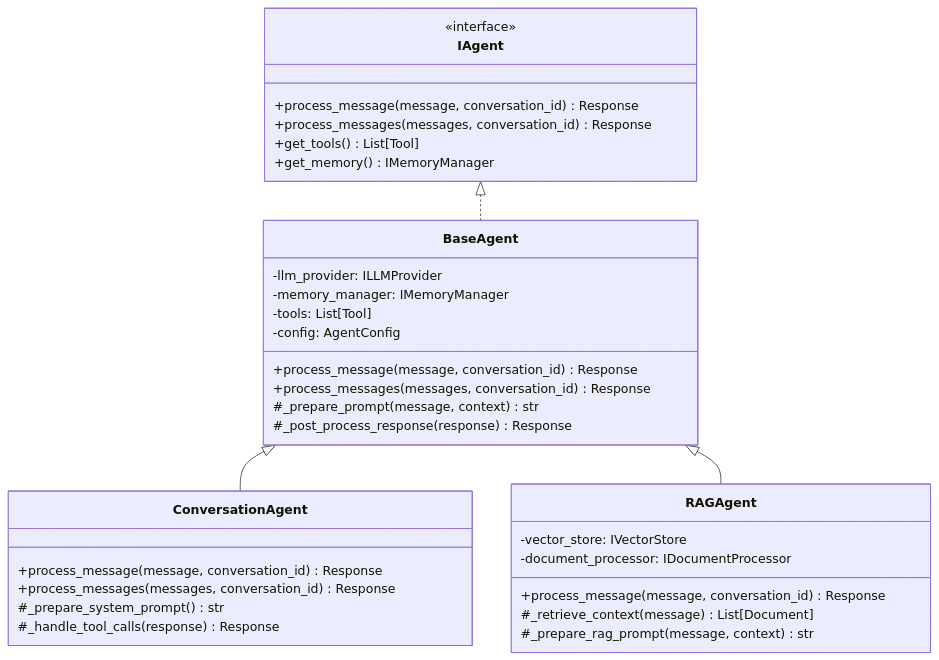
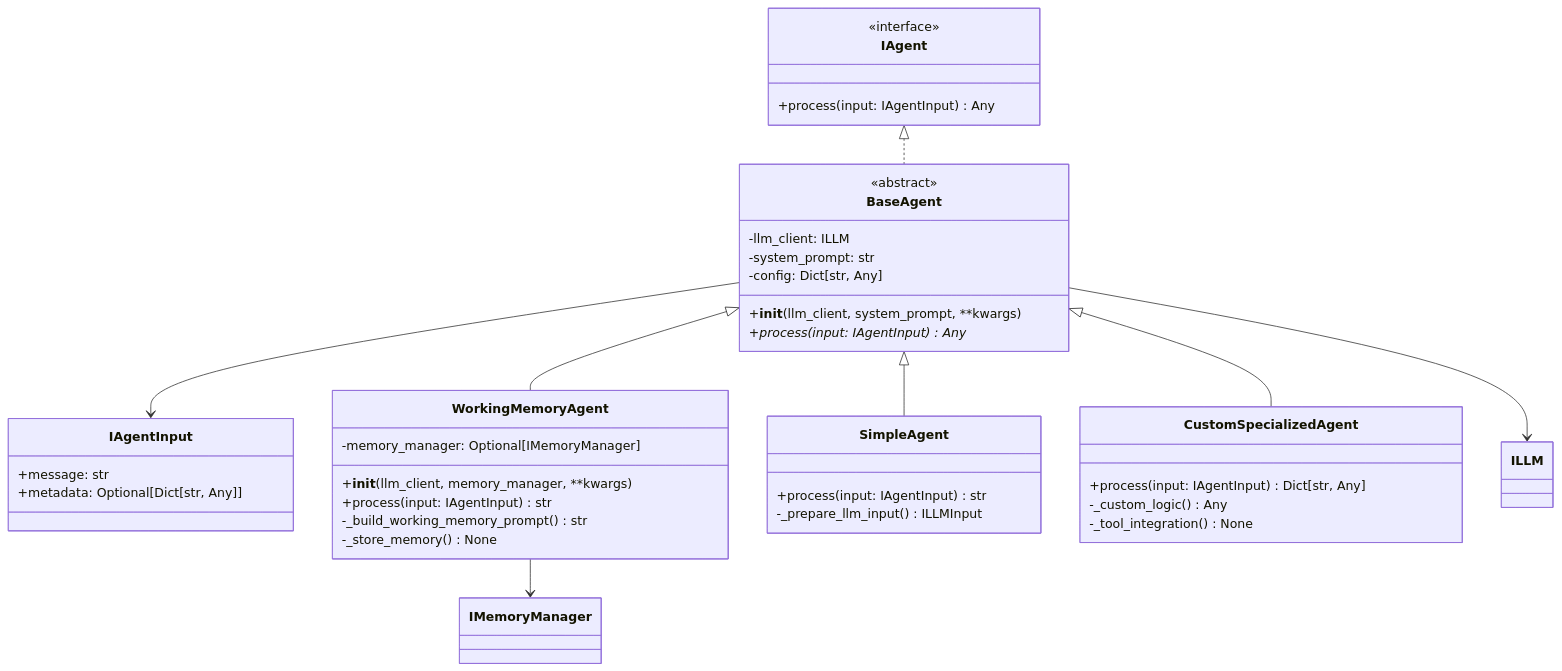
The third of 9 diagrams in docs/technical/architecture.md (nimunzn/arshai), drawn with Mermaid before and after one commit. The commit also changed other lines of this file, not shown here.

First line of the commit message:
docs: update main architecture documentation with agent system integration

````diff
--- a/docs/technical/architecture.md
+++ b/docs/technical/architecture.md
@@ -134,40 +134,49 @@
 ```mermaid
 classDiagram
     class IAgent {
         <<interface>>
-        +process_message(message, conversation_id) Response
-        +process_messages(messages, conversation_id) Response
-        +get_tools() List[Tool]
-        +get_memory() IMemoryManager
+        +process(input: IAgentInput) Any
+    }
+    
+    class IAgentInput {
+        +message: str
+        +metadata: Optional[Dict[str, Any]]
     }
     
     class BaseAgent {
-        -llm_provider: ILLMProvider
-        -memory_manager: IMemoryManager
-        -tools: List[Tool]
-        -config: AgentConfig
-        +process_message(message, conversation_id) Response
-        +process_messages(messages, conversation_id) Response
-        #_prepare_prompt(message, context) str
-        #_post_process_response(response) Response
+        <<abstract>>
+        -llm_client: ILLM
+        -system_prompt: str
+        -config: Dict[str, Any]
+        +__init__(llm_client, system_prompt, **kwargs)
+        +process(input: IAgentInput) Any*
     }
     
-    class ConversationAgent {
-        +process_message(message, conversation_id) Response
-        +process_messages(messages, conversation_id) Response
-        #_prepare_system_prompt() str
-        #_handle_tool_calls(response) Response
+    class WorkingMemoryAgent {
+        -memory_manager: Optional[IMemoryManager]
+        +__init__(llm_client, memory_manager, **kwargs)
+        +process(input: IAgentInput) str
+        -_build_working_memory_prompt() str
+        -_store_memory() None
     }
     
-    class RAGAgent {
-        -vector_store: IVectorStore
-        -document_processor: IDocumentProcessor
-        +process_message(message, conversation_id) Response
-        #_retrieve_context(message) List[Document]
-        #_prepare_rag_prompt(message, context) str
+    class SimpleAgent {
+        +process(input: IAgentInput) str
+        -_prepare_llm_input() ILLMInput
+    }
+    
+    class CustomSpecializedAgent {
+        +process(input: IAgentInput) Dict[str, Any]
+        -_custom_logic() Any
+        -_tool_integration() None
     }
     
     IAgent <|.. BaseAgent
-    BaseAgent <|-- ConversationAgent
-    BaseAgent <|-- RAGAgent
+    BaseAgent <|-- WorkingMemoryAgent
+    BaseAgent <|-- SimpleAgent
+    BaseAgent <|-- CustomSpecializedAgent
+    
+    BaseAgent --> ILLM
+    BaseAgent --> IAgentInput
+    WorkingMemoryAgent --> IMemoryManager
 ```
````
